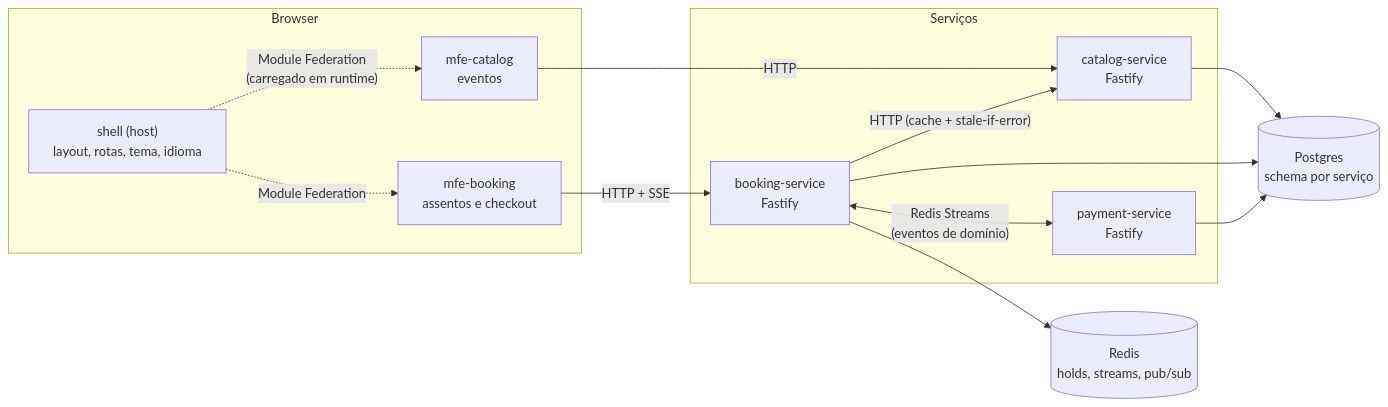
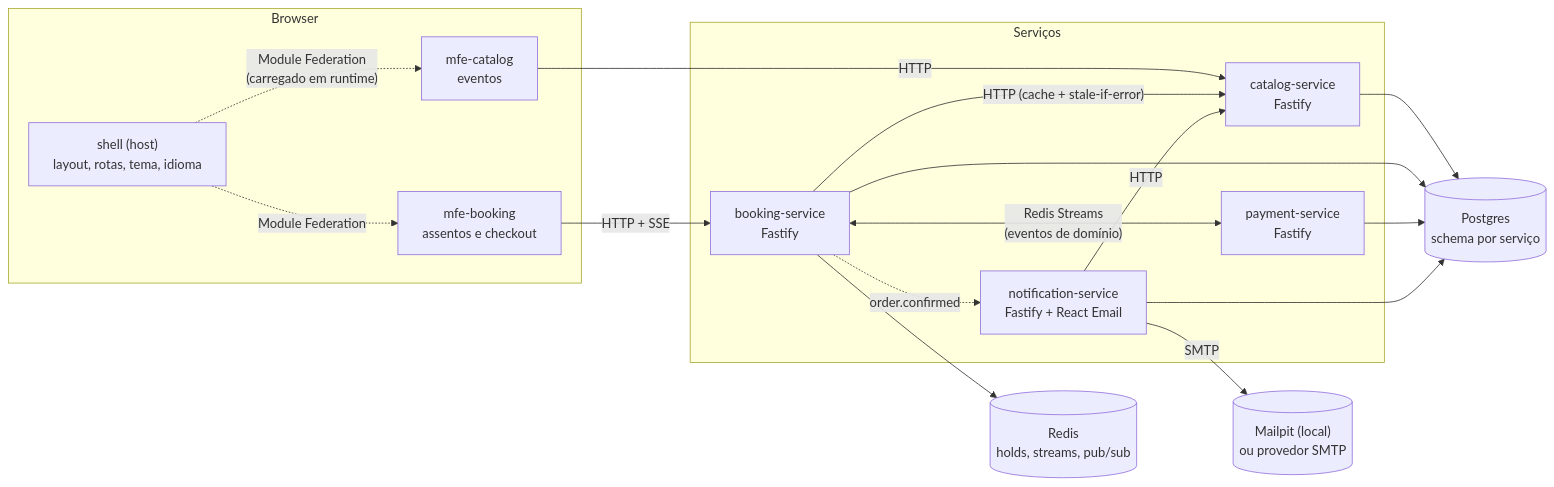
The first of 2 diagrams in README.md (odaairlopes/plateia), drawn with Mermaid before and after one commit. The commit also changed other lines of this file and 49 other files, not shown here.

First line of the commit message:
feat: email the tickets when an order is confirmed

````diff
--- a/README.md
+++ b/README.md
@@ -34,27 +34,32 @@
 ```mermaid
 flowchart LR
   subgraph Browser
     Shell["shell (host)\nlayout, rotas, tema, idioma"]
     MC["mfe-catalog\neventos"]
     MB["mfe-booking\nassentos e checkout"]
     Shell -. "Module Federation\n(carregado em runtime)" .-> MC
     Shell -. "Module Federation" .-> MB
   end
 
   MC -->|HTTP| Catalog
   MB -->|HTTP + SSE| Booking
 
   subgraph Serviços
     Catalog["catalog-service\nFastify"]
     Booking["booking-service\nFastify"]
     Payment["payment-service\nFastify"]
+    Notification["notification-service\nFastify + React Email"]
   end
 
   Booking -->|"HTTP (cache + stale-if-error)"| Catalog
   Booking <-->|"Redis Streams\n(eventos de domínio)"| Payment
+  Booking -.->|"order.confirmed"| Notification
+  Notification -->|HTTP| Catalog
+  Notification -->|SMTP| Mail[("Mailpit (local)\nou provedor SMTP")]
 
   Catalog --> PG[("Postgres\nschema por serviço")]
   Booking --> PG
   Payment --> PG
+  Notification --> PG
   Booking --> Redis[("Redis\nholds, streams, pub/sub")]
 ```
````
